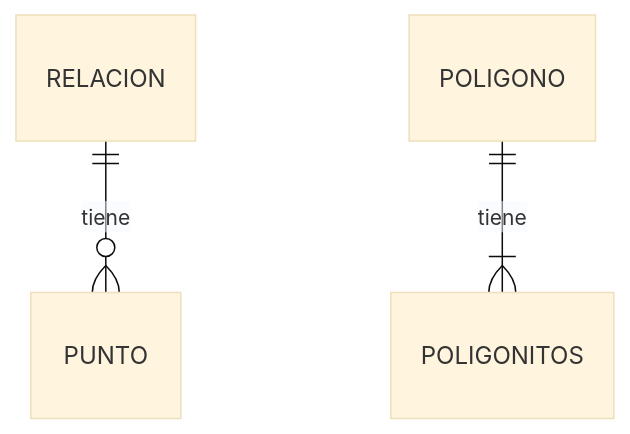
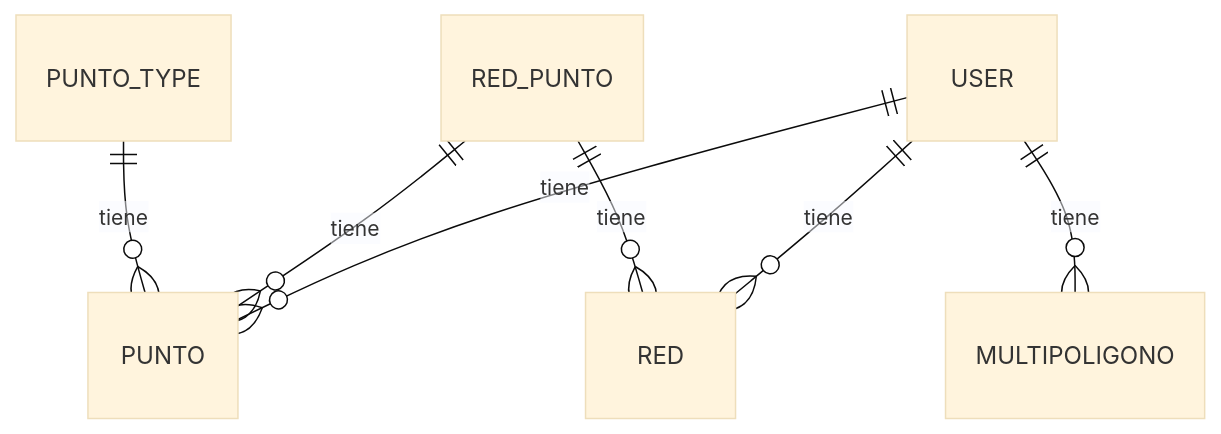
The diagram in backend/ERD.md (josueelias9/__others__line-of-sight-propagation-analysis), drawn with Mermaid (base theme) before and after one commit. The commit also changed 3 other files, not shown here.

````diff
--- a/backend/ERD.md
+++ b/backend/ERD.md
@@ -1,9 +1,9 @@
 ```mermaid
 erDiagram
-    RELACION ||--o{ PUNTO : tiene
-
-    POLIGONO ||--|{ POLIGONITOS : tiene
-
-
-
+    PUNTO_TYPE ||--o{ PUNTO : tiene
+    RED_PUNTO ||--o{ PUNTO : tiene
+    RED_PUNTO ||--o{ RED : tiene
+    USER ||--o{ MULTIPOLIGONO : tiene
+    USER ||--o{ RED : tiene
+    USER ||--o{ PUNTO : tiene
 ```
````
